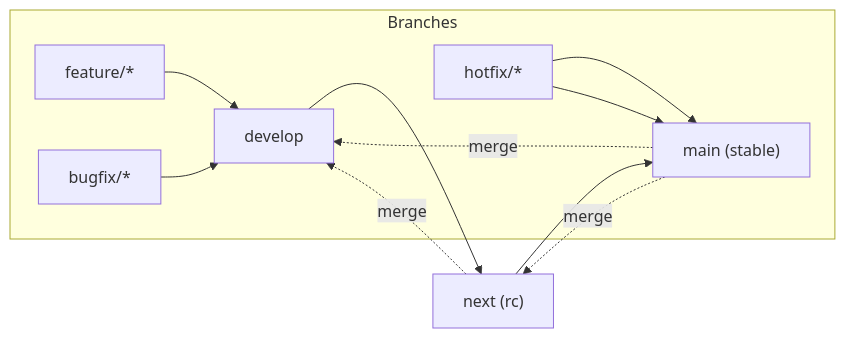
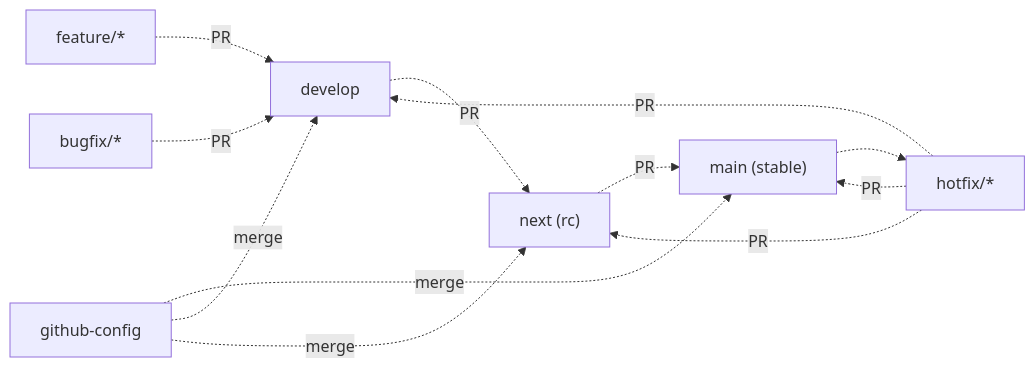
The diagram in README.md (andrea-raiola-kntn/automotive-sdk--semantic), drawn with Mermaid before and after one commit.

Commit message:
chore(github): Github Flow in mermaid #3

````diff
--- a/README.md
+++ b/README.md
@@ -46,17 +46,23 @@
 ```mermaid
 flowchart LR
-    subgraph Branches
-        F[feature/*] --> D
-        B[bugfix/*] --> D
-        H[hotfix/*] --> M
-    end
+    %% Feature/Bugfix merge
+    F[feature/*] -. PR .-> D[develop]
+    B[bugfix/*] -. PR .-> D
 
-    D[develop] --> N["next (rc)"]
-    N --> M["main (stable)"]
+    %% Release flow
+    D -.  PR .-> N["next (rc)"]
+    N -.  PR .-> M["main (stable)"]
 
-    M -. merge .-> D
-    N -. merge .-> D
-    M -. merge .-> N
-    H --> M
+    %% Hotfix flow
+    M .-> H[hotfix/*]
+    H[hotfix/*] -. PR .-> M
+    H[hotfix/*] -. PR .-> D
+    H[hotfix/*] -. PR .-> N
+
+    %% GitHub Config flow
+    G[github-config] -. merge .-> M
+    G[github-config] -. merge .-> D
+    G[github-config] -. merge .-> N
+
 
 ```
````
